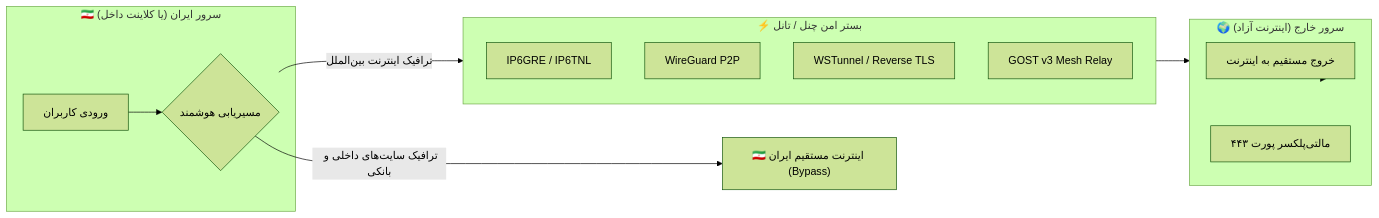
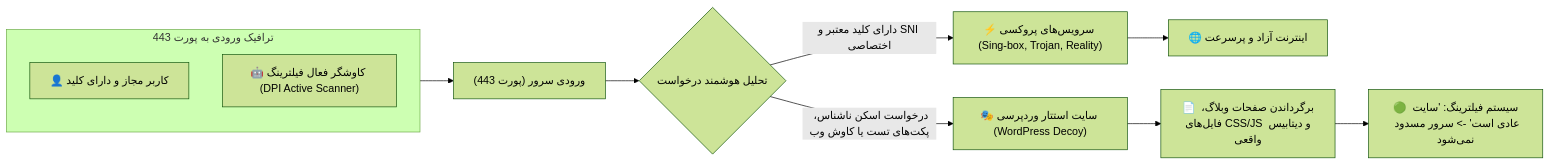
Before and after one commit to t-51/MHPanel: the third of 5 diagrams in README_FA.md, drawn with Mermaid (forest theme). The commit also changed other lines of this file and 1 other file, not shown here.

Commit message:
docs: Comprehensive illustrated architecture documentation, visual flowcharts, protocol matrix, and v1.6.0 release notes

````diff
--- a/README_FA.md
+++ b/README_FA.md
@@ -176,26 +131,18 @@
 ```mermaid
 flowchart LR
-    subgraph Iran ["🇮🇷 سرور ایران (یا کلاینت داخل)"]
-        IranInbound["ورودی کاربران"]
-        IranRouting{"مسیریابی هوشمند"}
+    subgraph InboundTraffic ["ترافیک ورودی به پورت 443"]
+        C_User["👤 کاربر مجاز و دارای کلید"]
+        C_Probe["🤖 کاوشگر فعال فیلترینگ (DPI Active Scanner)"]
     end
 
-    subgraph TunnelCore ["⚡ بستر امن چنل / تانل"]
-        T1["IP6GRE / IP6TNL"]
-        T2["WireGuard P2P"]
-        T3["WSTunnel / Reverse TLS"]
-        T4["GOST v3 Mesh Relay"]
-    end
+    InboundTraffic --> Port443["ورودی سرور (پورت 443)"]
 
-    subgraph Kharej ["🌍 سرور خارج (اینترنت آزاد)"]
-        KharejOutbound["خروج مستقیم به اینترنت"]
-        KharejMux["مالتی‌پلکسر پورت ۴۴۳"]
-    end
+    Port443 --> Analyzer{"تحلیل هوشمند درخواست"}
 
-    IranInbound --> IranRouting
-    IranRouting -->|ترافیک سایت‌های داخلی و بانکی| DirectIran["🇮🇷 اینترنت مستقیم ایران (Bypass)"]
-    IranRouting -->|ترافیک اینترنت بین‌الملل| TunnelCore
-    
-    TunnelCore --> Kharej
-    Kharej --> KharejOutbound
+    Analyzer -->|دارای کلید معتبر و SNI اختصاصی| ProxyEngine["⚡ سرویس‌های پروکسی (Sing-box, Trojan, Reality)"]
+    ProxyEngine --> FreeNet["🌐 اینترنت آزاد و پرسرعت"]
+
+    Analyzer -->|درخواست اسکن ناشناس، پکت‌های تست یا کاوش وب| WP["🎭 سایت استتار وردپرسی (WordPress Decoy)"]
+    WP --> FakeResponse["📄 برگرداندن صفحات وبلاگ، فایل‌های CSS/JS و دیتابیس واقعی"]
+    FakeResponse --> SafeCensor["🟢 سیستم فیلترینگ: 'سایت عادی است' -> سرور مسدود نمی‌شود"]
 ```
````
